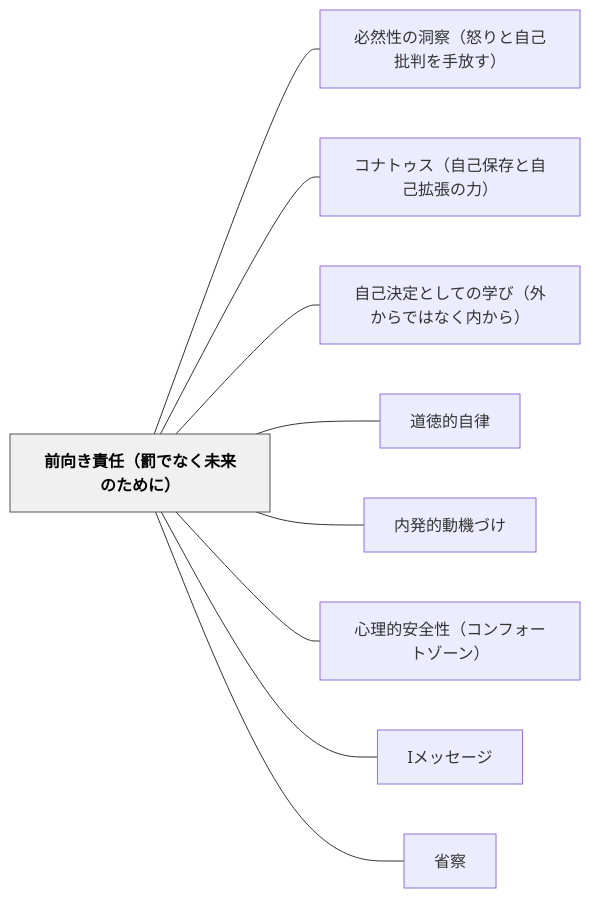
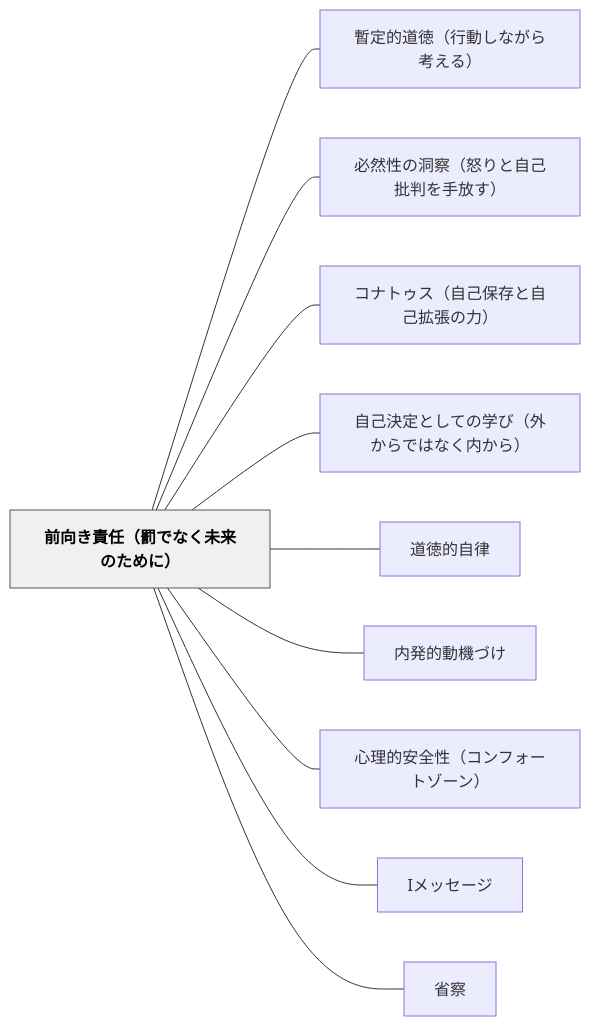
One commit to unknownthings-ed-patterns/unknownthings-ed-patterns changed the diagram in content/パタン/前向き責任（罰でなく未来のために）.md. Above: the diagram before and after it, drawn with Mermaid. The commit also changed other lines of this file and 185 other files, not shown here.

````diff
--- a/content/パタン/前向き責任（罰でなく未来のために）.md
+++ b/content/パタン/前向き責任（罰でなく未来のために）.md
@@ -144,24 +145,26 @@
 ```mermaid
 flowchart LR
     ne5898de59091e3818de8b2ace4bbbbefbc88e7bdb0e381a7e381aae3818fe69caae69da5e381aee3819fe38281e381abefbc89["前向き責任（罰でなく未来のために）"]
+    ne69aabe5ae9ae79a84e98193e5beb3efbc88e8a18ce58b95e38197e381aae3818ce38289e88083e38188e3828befbc89["暫定的道徳（行動しながら考える）"]
     ne5bf85e784b6e680a7e381aee6b49ee5af9fefbc88e68092e3828ae381a8e887aae5b7b1e689b9e588a4e38292e6898be694bee38199efbc89["必然性の洞察（怒りと自己批判を手放す）"]
     ne382b3e3838ae38388e382a5e382b9efbc88e887aae5b7b1e4bf9de5ad98e381a8e887aae5b7b1e68ba1e5bcb5e381aee58a9befbc89["コナトゥス（自己保存と自己拡張の力）"]
     ne887aae5b7b1e6b1bae5ae9ae381a8e38197e381a6e381aee5ada6e381b3efbc88e5a496e3818be38289e381a7e381afe381aae3818fe58685e3818be38289efbc89["自己決定としての学び（外からではなく内から）"]
     ne98193e5beb3e79a84e887aae5be8b["道徳的自律"]
     ne58685e799bae79a84e58b95e6a99fe381a5e38191["内発的動機づけ"]
     ne5bf83e79086e79a84e5ae89e585a8e680a7efbc88e382b3e383b3e38395e382a9e383bce38388e382bee383bce383b3efbc89["心理的安全性（コンフォートゾーン）"]
     n49e383a1e38383e382bbe383bce382b8["Iメッセージ"]
     ne79c81e5af9f["省察"]
 
+    ne5898de59091e3818de8b2ace4bbbbefbc88e7bdb0e381a7e381aae3818fe69caae69da5e381aee3819fe38281e381abefbc89 --- ne69aabe5ae9ae79a84e98193e5beb3efbc88e8a18ce58b95e38197e381aae3818ce38289e88083e38188e3828befbc89
     ne5898de59091e3818de8b2ace4bbbbefbc88e7bdb0e381a7e381aae3818fe69caae69da5e381aee3819fe38281e381abefbc89 --- ne5bf85e784b6e680a7e381aee6b49ee5af9fefbc88e68092e3828ae381a8e887aae5b7b1e689b9e588a4e38292e6898be694bee38199efbc89
     ne5898de59091e3818de8b2ace4bbbbefbc88e7bdb0e381a7e381aae3818fe69caae69da5e381aee3819fe38281e381abefbc89 --- ne382b3e3838ae38388e382a5e382b9efbc88e887aae5b7b1e4bf9de5ad98e381a8e887aae5b7b1e68ba1e5bcb5e381aee58a9befbc89
     ne5898de59091e3818de8b2ace4bbbbefbc88e7bdb0e381a7e381aae3818fe69caae69da5e381aee3819fe38281e381abefbc89 --- ne887aae5b7b1e6b1bae5ae9ae381a8e38197e381a6e381aee5ada6e381b3efbc88e5a496e3818be38289e381a7e381afe381aae3818fe58685e3818be38289efbc89
     ne5898de59091e3818de8b2ace4bbbbefbc88e7bdb0e381a7e381aae3818fe69caae69da5e381aee3819fe38281e381abefbc89 --- ne98193e5beb3e79a84e887aae5be8b
     ne5898de59091e3818de8b2ace4bbbbefbc88e7bdb0e381a7e381aae3818fe69caae69da5e381aee3819fe38281e381abefbc89 --- ne58685e799bae79a84e58b95e6a99fe381a5e38191
     ne5898de59091e3818de8b2ace4bbbbefbc88e7bdb0e381a7e381aae3818fe69caae69da5e381aee3819fe38281e381abefbc89 --- ne5bf83e79086e79a84e5ae89e585a8e680a7efbc88e382b3e383b3e38395e382a9e383bce38388e382bee383bce383b3efbc89
     ne5898de59091e3818de8b2ace4bbbbefbc88e7bdb0e381a7e381aae3818fe69caae69da5e381aee3819fe38281e381abefbc89 --- n49e383a1e38383e382bbe383bce382b8
     ne5898de59091e3818de8b2ace4bbbbefbc88e7bdb0e381a7e381aae3818fe69caae69da5e381aee3819fe38281e381abefbc89 --- ne79c81e5af9f
 
     classDef hub fill:#f0f0f0,stroke:#555,color:#000,font-weight:bold
     class ne5898de59091e3818de8b2ace4bbbbefbc88e7bdb0e381a7e381aae3818fe69caae69da5e381aee3819fe38281e381abefbc89 hub
 ```
````
